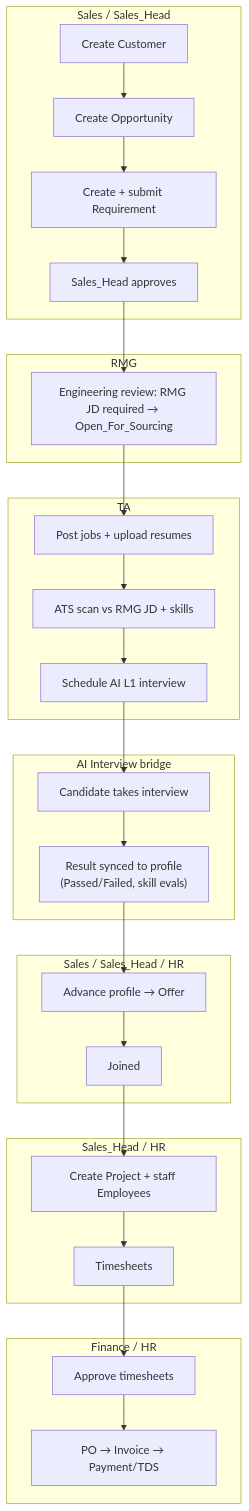
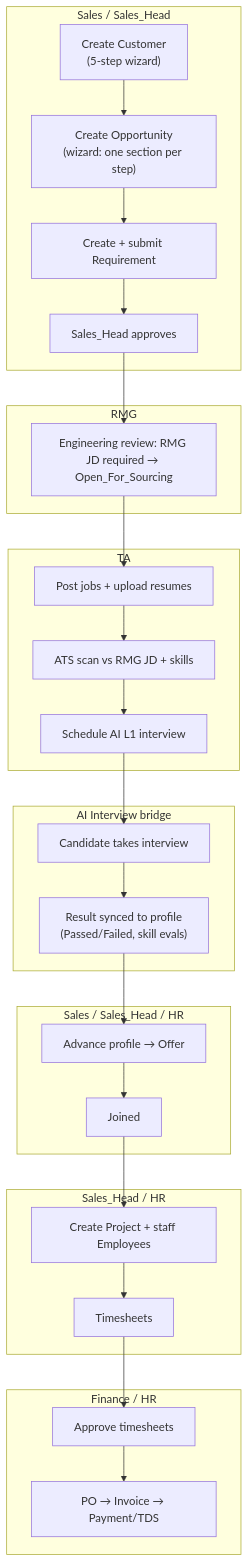
The ninth of 10 diagrams in docs/architecture/05-user-journeys.md (pawan-88/CRM-AI-Interview-Backend-B-V2), drawn with Mermaid before and after one commit. The commit also changed other lines of this file and 63 other files, not shown here.

````diff
--- a/docs/architecture/05-user-journeys.md
+++ b/docs/architecture/05-user-journeys.md
@@ -166,25 +169,25 @@
 ```mermaid
 flowchart TB
     subgraph SalesLane["Sales / Sales_Head"]
-        c1["Create Customer"] --> o1["Create Opportunity"] --> r1["Create + submit Requirement"]
+        c1["Create Customer<br/>(5-step wizard)"] --> o1["Create Opportunity<br/>(wizard: one section per step)"] --> r1["Create + submit Requirement"]
         r1 --> a1["Sales_Head approves"]
     end
     subgraph RMGLane["RMG"]
         a1 --> e1["Engineering review: RMG JD required → Open_For_Sourcing"]
     end
     subgraph TALane["TA"]
         e1 --> p1["Post jobs + upload resumes"] --> s1["ATS scan vs RMG JD + skills"] --> ai1["Schedule AI L1 interview"]
     end
     subgraph Bridge["AI Interview bridge"]
         ai1 --> int1["Candidate takes interview"] --> sync1["Result synced to profile<br/>(Passed/Failed, skill evals)"]
     end
     subgraph SalesLane2["Sales / Sales_Head / HR"]
         sync1 --> off1["Advance profile → Offer"] --> join1["Joined"]
     end
     subgraph DeliveryLane["Sales_Head / HR"]
         join1 --> prj1["Create Project + staff Employees"] --> ts1["Timesheets"]
     end
     subgraph FinanceLane["Finance / HR"]
         ts1 --> ap1["Approve timesheets"] --> inv1["PO → Invoice → Payment/TDS"]
     end
 ```
````
